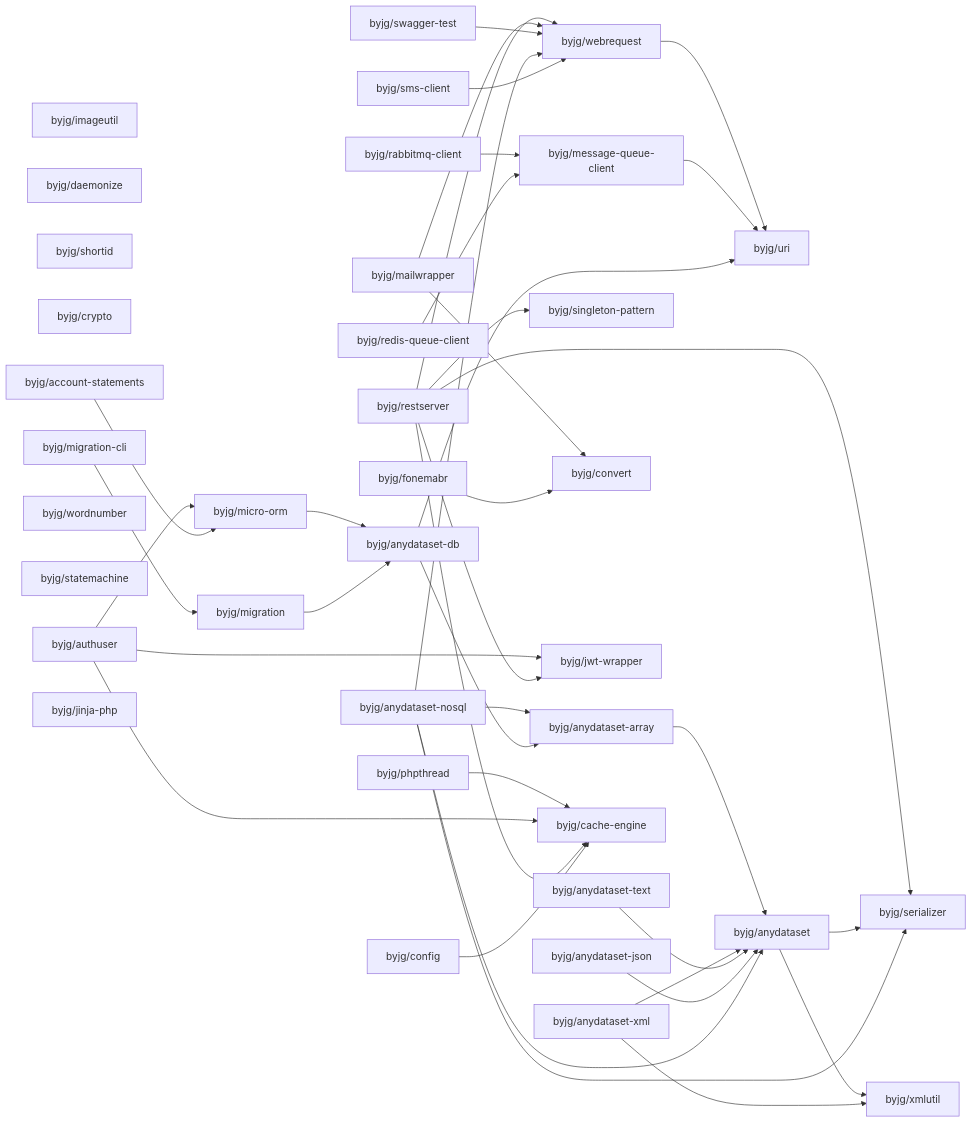
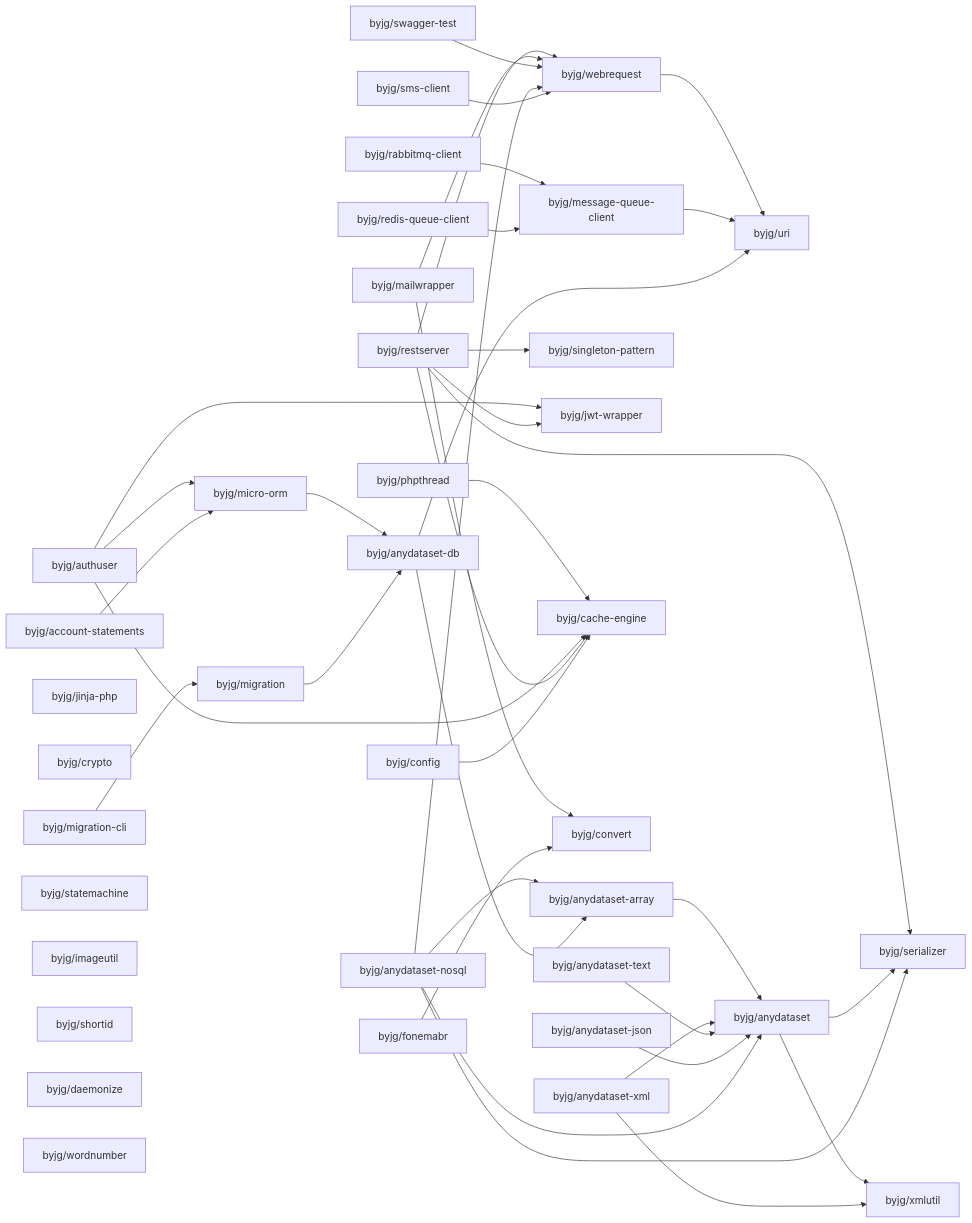
The diagram in docs/php/README.md (byjg/byjg.github.io), drawn with Mermaid before and after one commit. The commit also changed other lines of this file, not shown here.

Commit message:
Update documentation 'php' 'php-anydataset'

````diff
--- a/docs/php/README.md
+++ b/docs/php/README.md
@@ -3,76 +3,76 @@
 ```mermaid
 graph LR;
+  byjg/fonemabr;
+  byjg/migration-cli;
   byjg/anydataset-text;
-  byjg/imageutil;
-  byjg/daemonize;
   byjg/rabbitmq-client;
-  byjg/shortid;
-  byjg/fonemabr;
-  byjg/crypto;
-  byjg/account-statements;
-  byjg/anydataset-json;
-  byjg/migration-cli;
-  byjg/wordnumber;
-  byjg/statemachine;
+  byjg/authuser;
   byjg/anydataset-xml;
-  byjg/anydataset-nosql;
-  byjg/restserver;
-  byjg/redis-queue-client;
-  byjg/mailwrapper;
-  byjg/authuser;
-  byjg/sms-client;
   byjg/swagger-test;
   byjg/config;
+  byjg/jinja-php;
+  byjg/crypto;
+  byjg/restserver;
+  byjg/anydataset-nosql;
+  byjg/redis-queue-client;
+  byjg/sms-client;
+  byjg/account-statements;
+  byjg/statemachine;
   byjg/phpthread;
-  byjg/jinja-php;
+  byjg/mailwrapper;
+  byjg/imageutil;
+  byjg/shortid;
+  byjg/anydataset-json;
+  byjg/daemonize;
+  byjg/wordnumber;
   byjg/migration;
   byjg/singleton-pattern;
+  byjg/jwt-wrapper;
   byjg/message-queue-client;
+  byjg/micro-orm;
+  byjg/cache-engine;
   byjg/convert;
-  byjg/micro-orm;
-  byjg/jwt-wrapper;
   byjg/webrequest;
-  byjg/cache-engine;
   byjg/anydataset-db;
   byjg/anydataset-array;
   byjg/uri;
   byjg/anydataset;
   byjg/serializer;
   byjg/xmlutil;
   byjg/phpthread --> byjg/cache-engine;
   byjg/micro-orm --> byjg/anydataset-db;
   byjg/authuser --> byjg/micro-orm;
   byjg/authuser --> byjg/cache-engine;
   byjg/authuser --> byjg/jwt-wrapper;
   byjg/anydataset-array --> byjg/anydataset;
   byjg/restserver --> byjg/serializer;
   byjg/restserver --> byjg/singleton-pattern;
   byjg/restserver --> byjg/cache-engine;
   byjg/restserver --> byjg/webrequest;
   byjg/restserver --> byjg/jwt-wrapper;
   byjg/mailwrapper --> byjg/convert;
   byjg/mailwrapper --> byjg/webrequest;
   byjg/swagger-test --> byjg/webrequest;
   byjg/migration --> byjg/anydataset-db;
   byjg/account-statements --> byjg/micro-orm;
   byjg/anydataset --> byjg/serializer;
   byjg/anydataset --> byjg/xmlutil;
   byjg/fonemabr --> byjg/convert;
   byjg/anydataset-xml --> byjg/anydataset;
   byjg/anydataset-xml --> byjg/xmlutil;
   byjg/webrequest --> byjg/uri;
   byjg/config --> byjg/cache-engine;
   byjg/migration-cli --> byjg/migration;
   byjg/anydataset-text --> byjg/anydataset;
   byjg/message-queue-client --> byjg/uri;
   byjg/anydataset-json --> byjg/anydataset;
   byjg/anydataset-nosql --> byjg/anydataset;
   byjg/anydataset-nosql --> byjg/anydataset-array;
   byjg/anydataset-nosql --> byjg/serializer;
   byjg/anydataset-nosql --> byjg/webrequest;
   byjg/anydataset-db --> byjg/anydataset-array;
   byjg/anydataset-db --> byjg/uri;
   byjg/rabbitmq-client --> byjg/message-queue-client;
   byjg/redis-queue-client --> byjg/message-queue-client;
   byjg/sms-client --> byjg/webrequest;
 ```
````
